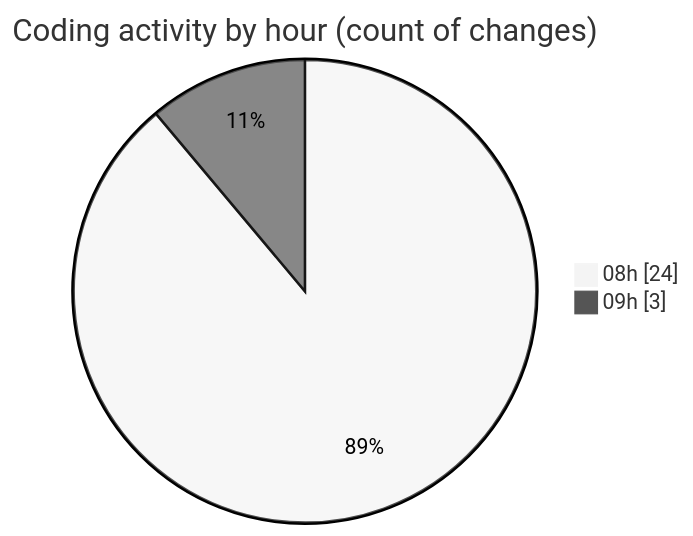
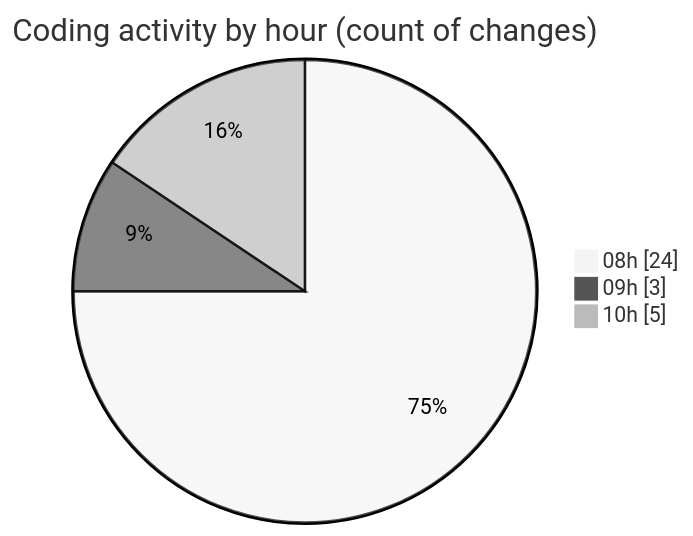
The second of 2 diagrams in 2025-11-07/eventscop-frontend-guide__workspace_/README.md (julien-gomy/code-tracking), drawn with Mermaid (neutral theme) before and after one commit. The commit also changed other lines of this file and 1 other file, not shown here.

````diff
--- a/2025-11-07/eventscop-frontend-guide__workspace_/README.md
+++ b/2025-11-07/eventscop-frontend-guide__workspace_/README.md
@@ -40,6 +42,7 @@
 ```mermaid
 pie showData
 title Coding activity by hour (count of changes)
 "08h" : 24
 "09h" : 3
+"10h" : 5
 ```
````
